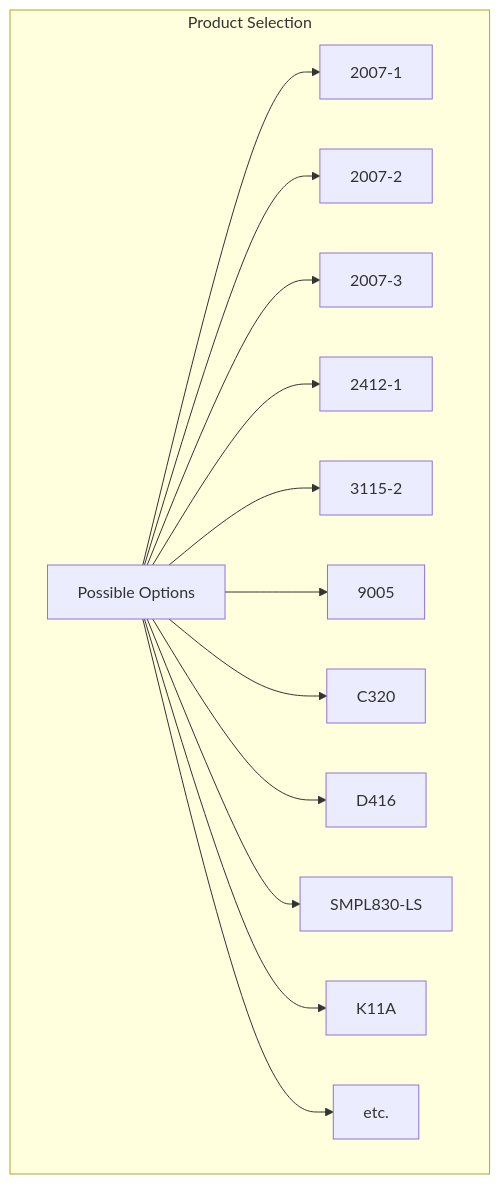
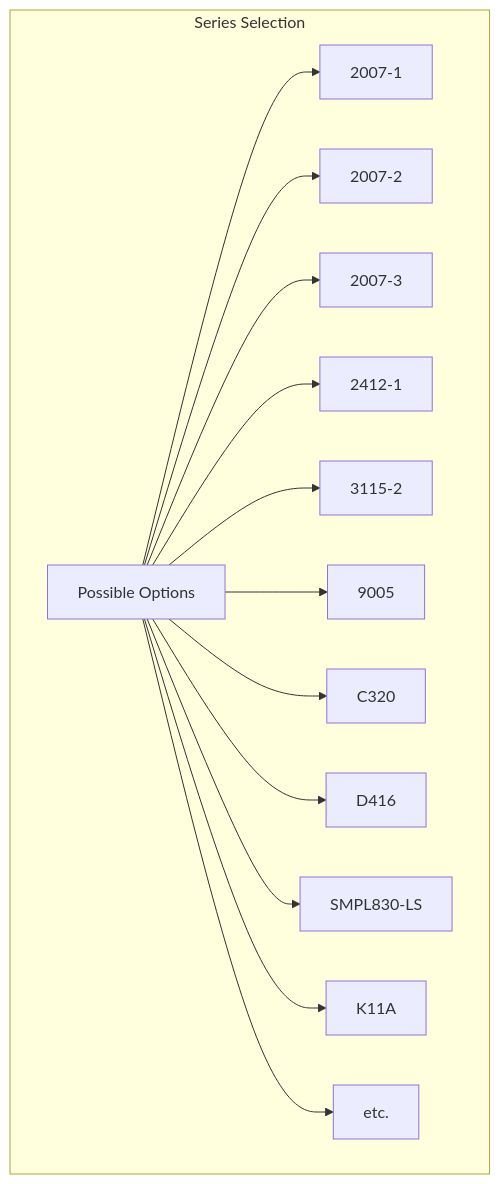
Diagram 28 of 32 in README.md (alokdas81/diamond-pricebook-diagram), drawn with Mermaid before and after one commit. The commit also changed other lines of this file, not shown here.

Commit message:
flask api updated

````diff
--- a/README.md
+++ b/README.md
@@ -998,19 +996,19 @@
 ```mermaid
 flowchart TD
 
 
-subgraph Product Selection
+subgraph Series Selection
 D[Possible Options]
 D --> E[2007-1]
 D --> F[2007-2]
 D --> H[2007-3]
 D --> K[2412-1]
 D --> L[3115-2]
 D --> M[9005]
 D --> N[C320]
 D --> O[D416]
 D --> P[SMPL830-LS]
 D --> Q[K11A]
 D --> T[etc.]
 end
 ```
````
